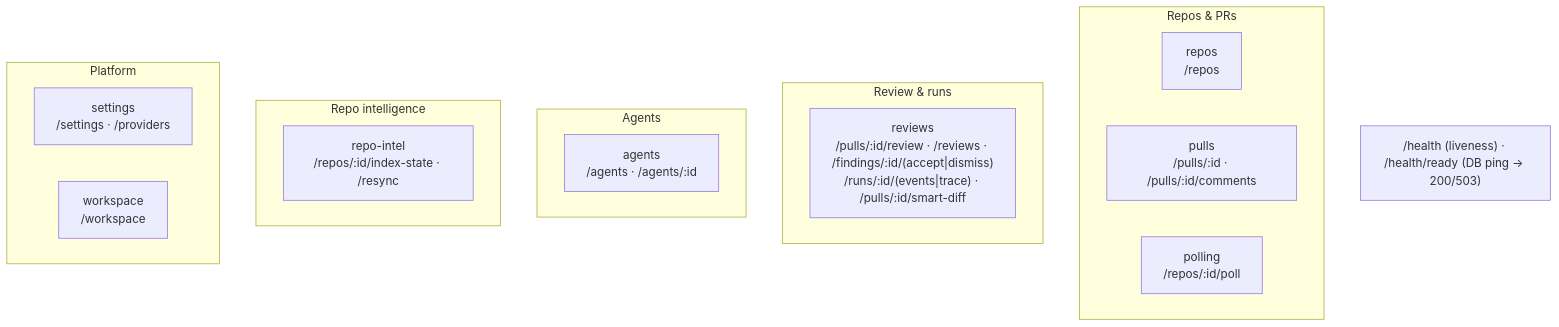
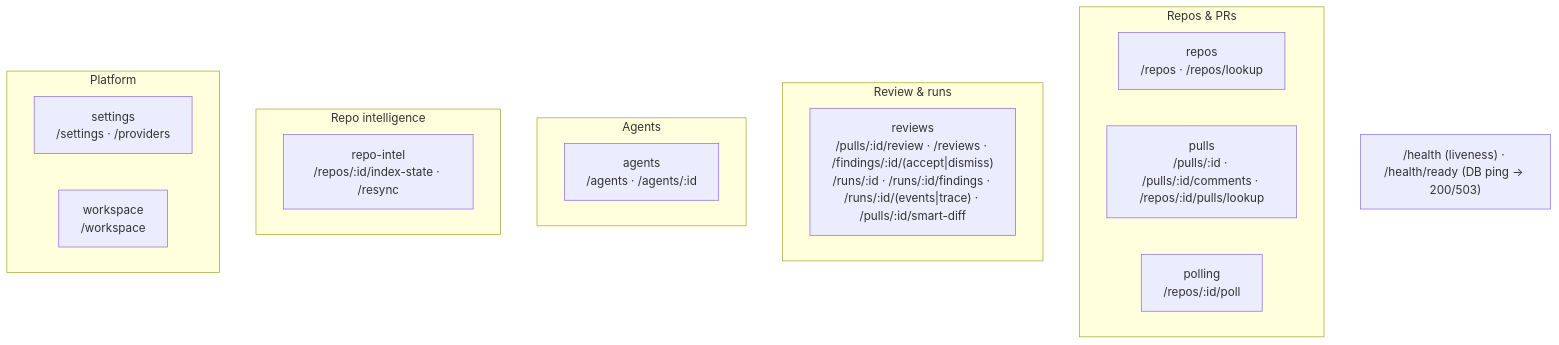
One commit to asf-harlock/dev-digest changed the second of 2 diagrams in server/README.md. Above: the diagram before and after it, drawn with Mermaid. The commit also changed 11 other files, not shown here.

First line of the commit message:
feat(api): add run status, run findings and repo/PR lookup routes

````diff
--- a/server/README.md
+++ b/server/README.md
@@ -66,22 +66,22 @@
 ```mermaid
 flowchart TB
   subgraph Repos_PRs["Repos & PRs"]
-    repos["repos<br/>/repos"]
-    pulls["pulls<br/>/pulls/:id · /pulls/:id/comments"]
+    repos["repos<br/>/repos · /repos/lookup"]
+    pulls["pulls<br/>/pulls/:id · /pulls/:id/comments · /repos/:id/pulls/lookup"]
     polling["polling<br/>/repos/:id/poll"]
   end
   subgraph Review["Review & runs"]
-    reviews["reviews<br/>/pulls/:id/review · /reviews · /findings/:id/(accept|dismiss)<br/>/runs/:id/(events|trace) · /pulls/:id/smart-diff"]
+    reviews["reviews<br/>/pulls/:id/review · /reviews · /findings/:id/(accept|dismiss)<br/>/runs/:id · /runs/:id/findings · /runs/:id/(events|trace) · /pulls/:id/smart-diff"]
   end
   subgraph Agents["Agents"]
     agents["agents<br/>/agents · /agents/:id"]
   end
   subgraph Intel["Repo intelligence"]
     repoIntel["repo-intel<br/>/repos/:id/index-state · /resync"]
   end
   subgraph Platform["Platform"]
     settings["settings<br/>/settings · /providers"]
     workspace["workspace<br/>/workspace"]
   end
   HEALTH["/health (liveness) · /health/ready (DB ping → 200/503)"]
 ```
````
